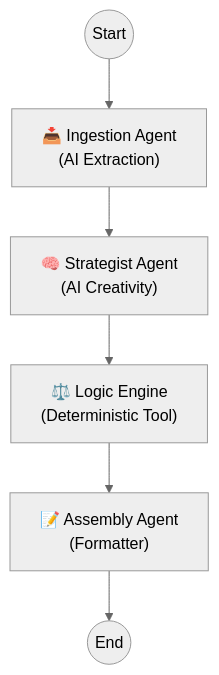
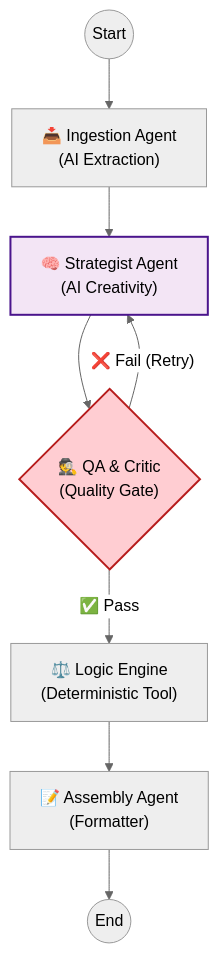
The diagram in README.md (rishabhkirito/kasparro-ai-agentic-content-generation-system-rishabh-santosh), drawn with Mermaid (neutral theme) before and after one commit. The commit also changed other lines of this file and 14 other files, not shown here.

````diff
--- a/README.md
+++ b/README.md
@@ -44,11 +44,20 @@
 ```mermaid
 graph TD
     Start((Start)) --> Ingestion
     Ingestion["📥 Ingestion Agent<br/>(AI Extraction)"] --> Strategist
     
-    Strategist["🧠 Strategist Agent<br/>(AI Creativity)"] --> Logic
+    Strategist["🧠 Strategist Agent<br/>(AI Creativity)"] --> QA
+    
+    QA{"🕵️ QA & Critic<br/>(Quality Gate)"} 
+    
+    QA -- "❌ Fail (Retry)" --> Strategist
+    QA -- "✅ Pass" --> Logic
     
     Logic["⚖️ Logic Engine<br/>(Deterministic Tool)"] --> Assembly
     
     Assembly["📝 Assembly Agent<br/>(Formatter)"] --> End((End))
+    
+    %% Styling
+    style QA fill:#ffcdd2,stroke:#b71c1c,stroke-width:2px
+    style Strategist fill:#f3e5f5,stroke:#4a148c,stroke-width:2px
 ```
````
